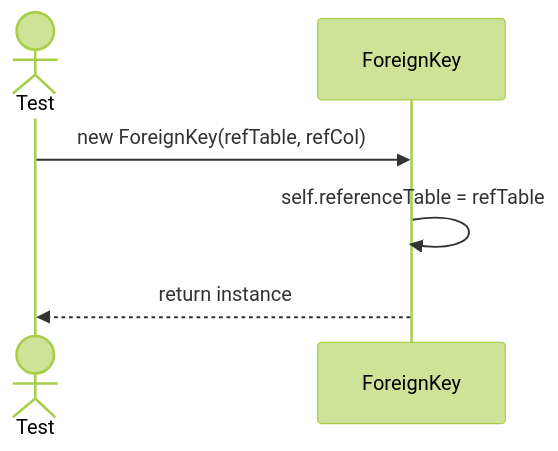
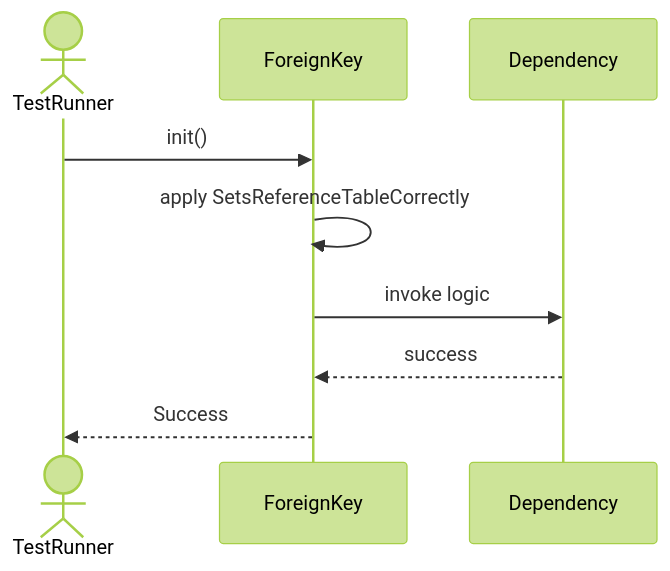
Before and after one commit to TamBui1706/DBMS: the third of 6 diagrams in Sequences/DatabaseObjectManagement/ForeignKey.md, drawn with Mermaid (forest theme). The commit also changed other lines of this file and 63 other files, not shown here.

Commit message:
Draw sequence diagram for unit tests

````diff
--- a/Sequences/DatabaseObjectManagement/ForeignKey.md
+++ b/Sequences/DatabaseObjectManagement/ForeignKey.md
@@ -43,9 +44,10 @@
 ```mermaid
 sequenceDiagram
-    actor Test
+    actor TestRunner
     participant ForeignKey
-
-    Test->>ForeignKey: new ForeignKey(refTable, refCol)
-    ForeignKey->>ForeignKey: self.referenceTable = refTable
-    ForeignKey-->>Test: return instance
+    TestRunner->>ForeignKey: init()
+    ForeignKey->>ForeignKey: apply SetsReferenceTableCorrectly
+    ForeignKey->>Dependency: invoke logic
+    Dependency-->>ForeignKey: success
+    ForeignKey-->>TestRunner: Success
 ```
````
